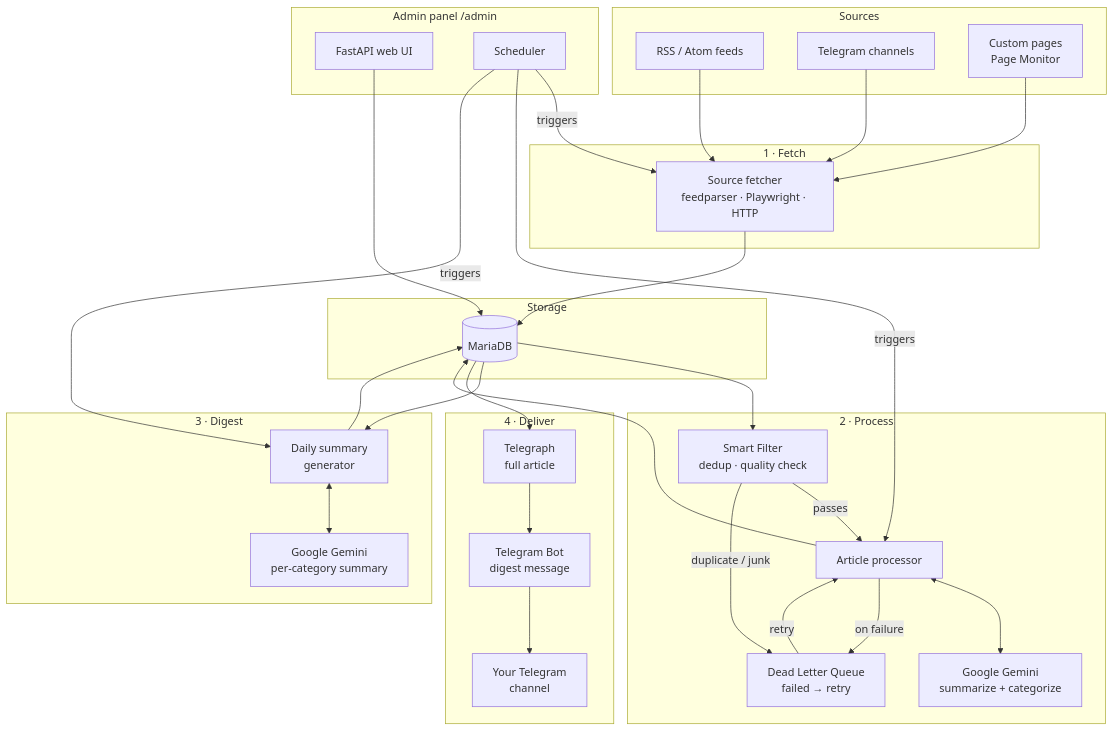
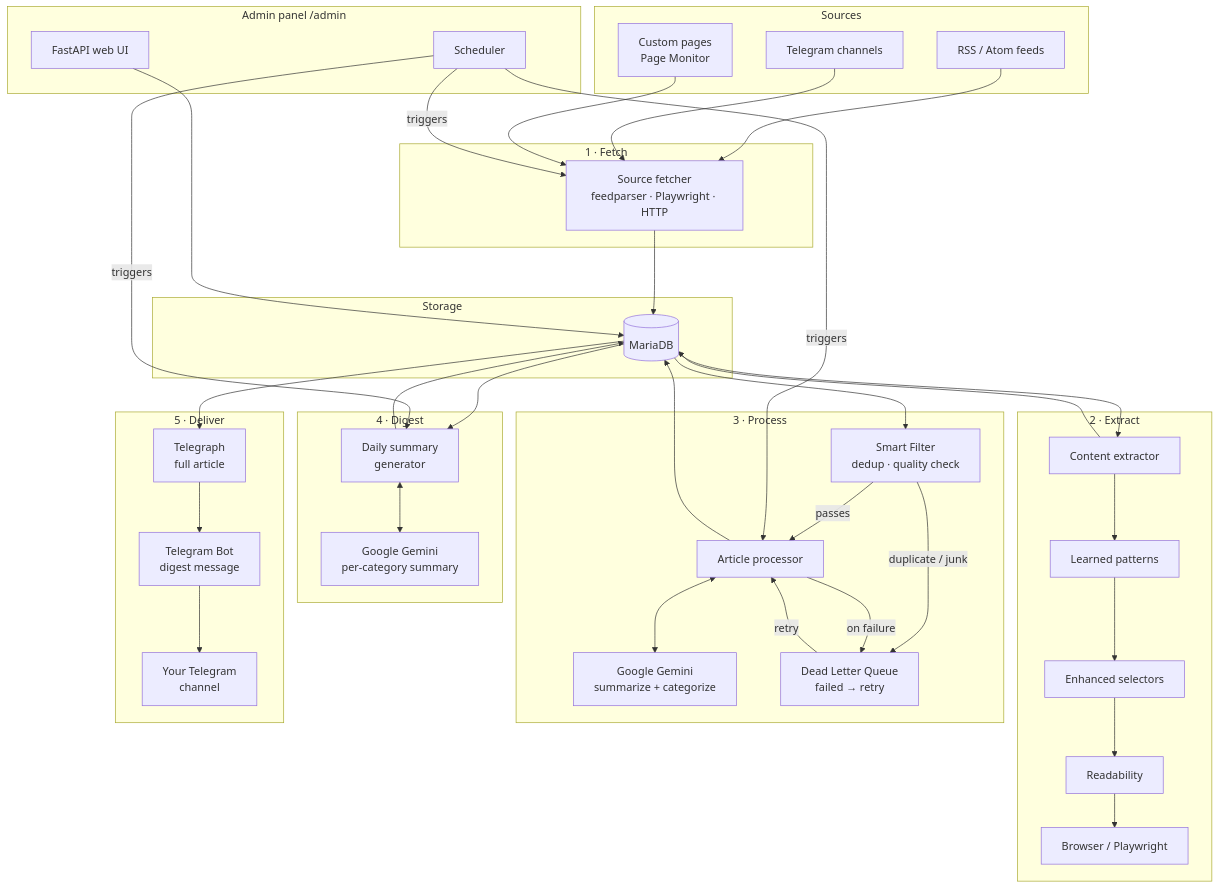
The diagram in README.md (dzarlax/RSS-summuriser), drawn with Mermaid before and after one commit. The commit also changed other lines of this file, not shown here.

Commit message:
docs: fix Mermaid line breaks, add extraction pipeline and ad detection to README

````diff
--- a/README.md
+++ b/README.md
@@ -25,61 +25,73 @@
 ```mermaid
 flowchart TD
     subgraph sources["Sources"]
         RSS[RSS / Atom feeds]
         TGS[Telegram channels]
-        WEB[Custom pages\nPage Monitor]
+        WEB[Custom pages<br/>Page Monitor]
     end
 
     subgraph fetch["1 · Fetch"]
-        Fetcher[Source fetcher\nfeedparser · Playwright · HTTP]
+        Fetcher[Source fetcher<br/>feedparser · Playwright · HTTP]
+    end
+
+    subgraph extract["2 · Extract"]
+        Ext[Content extractor]
+        Ext1[Learned patterns]
+        Ext2[Enhanced selectors]
+        Ext3[Readability]
+        Ext4[Browser / Playwright]
+        Ext1 --> Ext2 --> Ext3 --> Ext4
     end
 
     subgraph db["Storage"]
         DB[(MariaDB)]
     end
 
-    subgraph process["2 · Process"]
-        Filter[Smart Filter\ndedup · quality check]
+    subgraph process["3 · Process"]
+        Filter[Smart Filter<br/>dedup · quality check]
         Proc[Article processor]
-        AI1[Google Gemini\nsummarize + categorize]
-        DLQ[Dead Letter Queue\nfailed → retry]
+        AI1[Google Gemini<br/>summarize + categorize]
+        DLQ[Dead Letter Queue<br/>failed → retry]
     end
 
-    subgraph digest["3 · Digest"]
-        DGen[Daily summary\ngenerator]
-        AI2[Google Gemini\nper-category summary]
+    subgraph digest["4 · Digest"]
+        DGen[Daily summary<br/>generator]
+        AI2[Google Gemini<br/>per-category summary]
     end
 
-    subgraph delivery["4 · Deliver"]
-        Telegraph[Telegraph\nfull article]
-        TGBot[Telegram Bot\ndigest message]
-        Channel[Your Telegram\nchannel]
+    subgraph delivery["5 · Deliver"]
+        Telegraph[Telegraph<br/>full article]
+        TGBot[Telegram Bot<br/>digest message]
+        Channel[Your Telegram<br/>channel]
     end
 
     subgraph admin["Admin panel  /admin"]
         UI[FastAPI web UI]
         Scheduler[Scheduler]
     end
 
     RSS --> Fetcher
     TGS --> Fetcher
     WEB --> Fetcher
     Fetcher --> DB
+    DB --> Ext
+    Ext --> Ext1
+    Ext --> DB
     DB --> Filter
     Filter -->|passes| Proc
     Filter -->|duplicate / junk| DLQ
     Proc <--> AI1
     Proc --> DB
     Proc -->|on failure| DLQ
     DLQ -->|retry| Proc
     DB --> DGen
     DGen <--> AI2
     DGen --> DB
     DB --> Telegraph
     Telegraph --> TGBot
     TGBot --> Channel
     UI --> DB
     Scheduler -->|triggers| Fetcher
     Scheduler -->|triggers| Proc
     Scheduler -->|triggers| DGen
 ```
````
